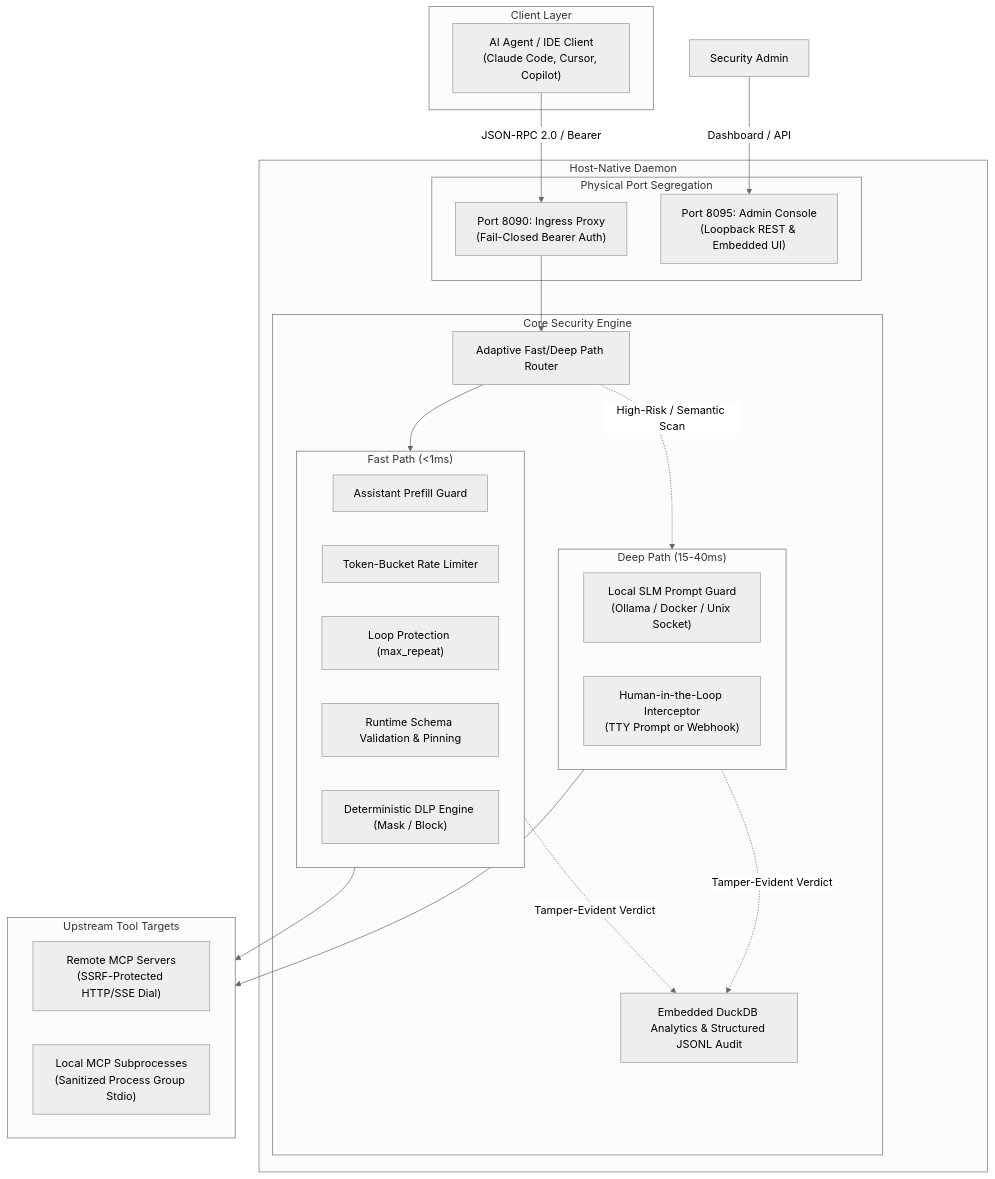
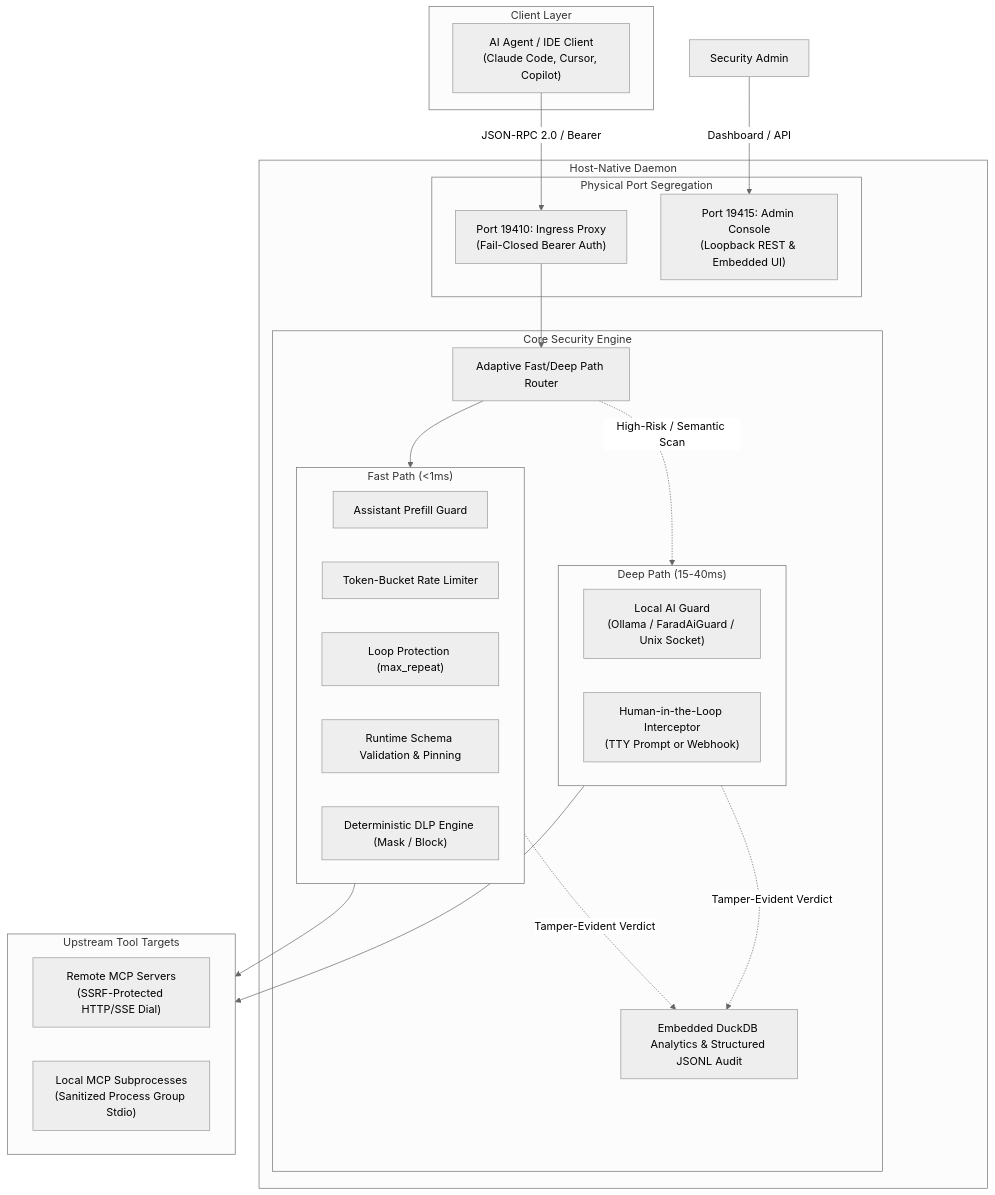
One commit to FaradAiLab/FaradAiWire changed the diagram in docs/02-architecture/overview.md. Above: the diagram before and after it, drawn with Mermaid (neutral theme). The commit also changed other lines of this file and 72 other files, not shown here.

Commit message:
refactor: rename SLM references and endpoints to AI Guard across codebase and docs

````diff
--- a/docs/02-architecture/overview.md
+++ b/docs/02-architecture/overview.md
@@ -10,47 +10,47 @@
 ```mermaid
 graph TD
     subgraph Client Layer
         Agent["AI Agent / IDE Client\n(Claude Code, Cursor, Copilot)"]
     end
 
     subgraph FaradAiWire PEP [Host-Native Daemon]
         subgraph PortSegregation [Physical Port Segregation]
-            P1["Port 8090: Ingress Proxy\n(Fail-Closed Bearer Auth)"]
-            P2["Port 8095: Admin Console\n(Loopback REST & Embedded UI)"]
+            P1["Port 19410: Ingress Proxy\n(Fail-Closed Bearer Auth)"]
+            P2["Port 19415: Admin Console\n(Loopback REST & Embedded UI)"]
         end
 
         subgraph CoreEngine [Core Security Engine]
             Router["Adaptive Fast/Deep Path Router"]
             
             subgraph FastPath ["Fast Path (<1ms)"]
                 F_Prefill["Assistant Prefill Guard"]
                 F_Rate["Token-Bucket Rate Limiter"]
                 F_Loop["Loop Protection (max_repeat)"]
                 F_Schema["Runtime Schema Validation & Pinning"]
                 F_DLP["Deterministic DLP Engine (Mask / Block)"]
             end
             
             subgraph DeepPath ["Deep Path (15-40ms)"]
-                D_SLM["Local SLM Prompt Guard\n(Ollama / Docker / Unix Socket)"]
+                D_Guard["Local AI Guard\n(Ollama / FaradAiGuard / Unix Socket)"]
                 D_HITL["Human-in-the-Loop Interceptor\n(TTY Prompt or Webhook)"]
             end
 
             Telemetry["Embedded DuckDB Analytics & Structured JSONL Audit"]
         end
     end
 
     subgraph UpstreamMCP [Upstream Tool Targets]
         RemoteMCP["Remote MCP Servers\n(SSRF-Protected HTTP/SSE Dial)"]
         StdioMCP["Local MCP Subprocesses\n(Sanitized Process Group Stdio)"]
     end
 
     Agent -->|"JSON-RPC 2.0 / Bearer"| P1
     Operator["Security Admin"] -->|"Dashboard / API"| P2
     P1 --> Router
     Router --> FastPath
     Router -.->|"High-Risk / Semantic Scan"| DeepPath
     FastPath --> UpstreamMCP
     DeepPath --> UpstreamMCP
     FastPath -.->|"Tamper-Evident Verdict"| Telemetry
     DeepPath -.->|"Tamper-Evident Verdict"| Telemetry
 ```
````
